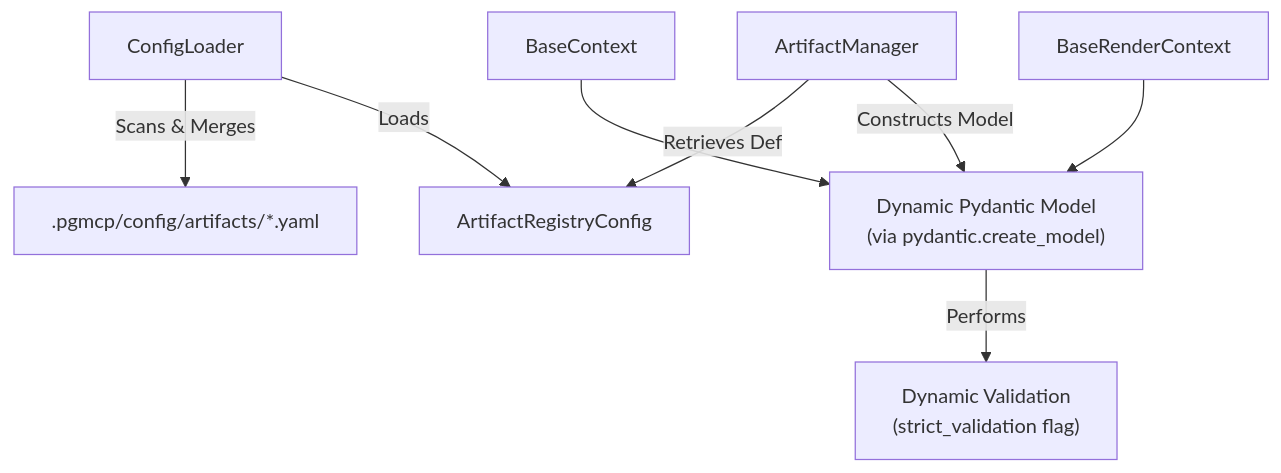
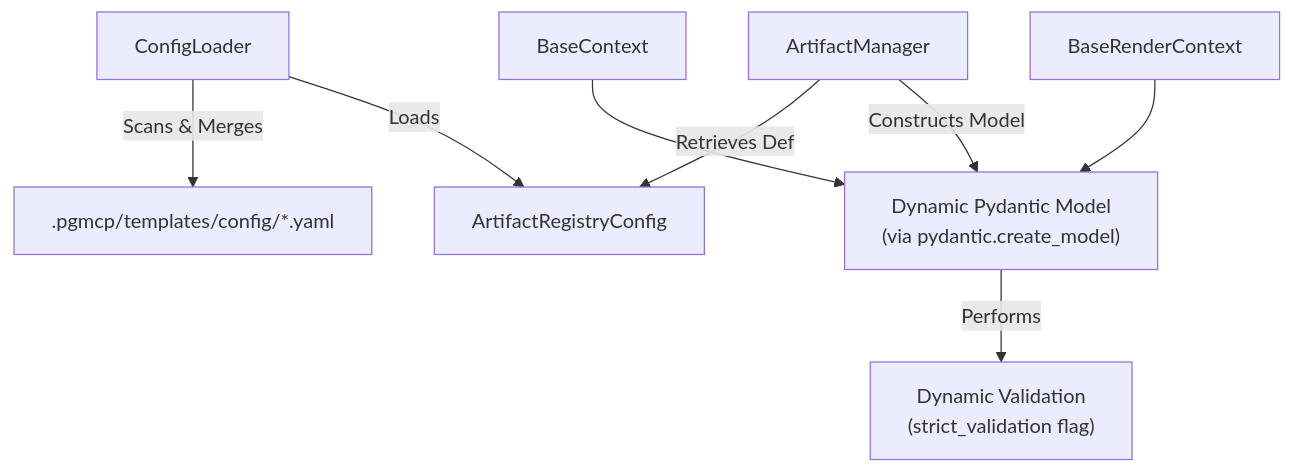
One commit to MikeyVK/phase-gate-mcp changed the first of 3 diagrams in docs/development/schema-template-maintenance.md. Above: the diagram before and after it, drawn with Mermaid. The commit also changed other lines of this file and 13 other files, not shown here.

````diff
--- a/docs/development/schema-template-maintenance.md
+++ b/docs/development/schema-template-maintenance.md
@@ -18,18 +18,18 @@
 ```mermaid
 graph TD
     Loader[ConfigLoader]
-    Yaml[".pgmcp/config/artifacts/*.yaml"]
+    Yaml[".pgmcp/templates/config/*.yaml"]
     ArtifactManager[ArtifactManager]
     BaseContext[BaseContext]
     BaseRenderContext[BaseRenderContext]
     DynamicModel["Dynamic Pydantic Model<br/>(via pydantic.create_model)"]
     Validation["Dynamic Validation<br/>(strict_validation flag)"]
 
     Loader -->|Scans & Merges| Yaml
     Loader -->|Loads| ArtifactRegistryConfig
     ArtifactManager -->|Retrieves Def| ArtifactRegistryConfig
     ArtifactManager -->|Constructs Model| DynamicModel
     BaseContext --> DynamicModel
     BaseRenderContext --> DynamicModel
     DynamicModel -->|Performs| Validation
 ```
````
